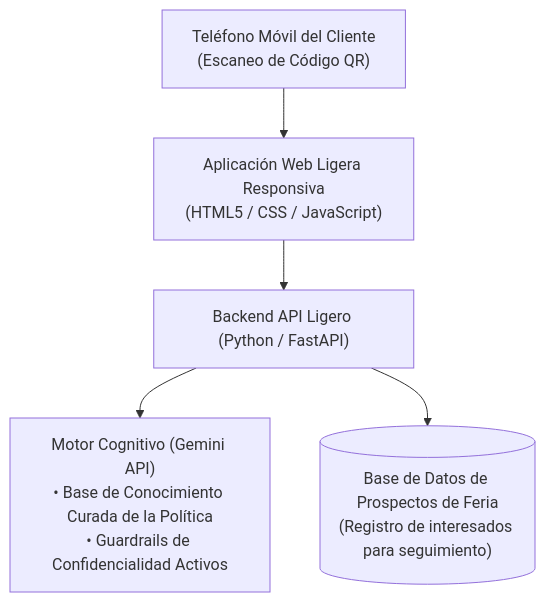
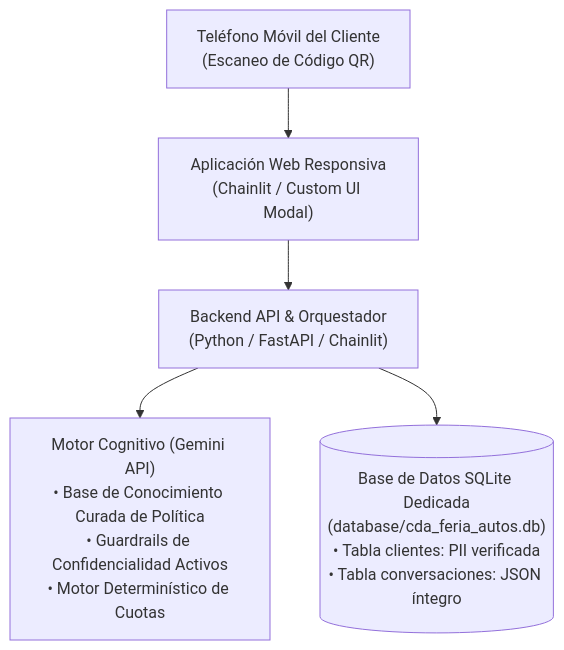
The third of 3 diagrams in innovation-cda/design/propuesta-asesor-virtual-feria-autos.md (RBlasser/cda-celulas), drawn with Mermaid before and after one commit. The commit also changed other lines of this file, not shown here.

````diff
--- a/innovation-cda/design/propuesta-asesor-virtual-feria-autos.md
+++ b/innovation-cda/design/propuesta-asesor-virtual-feria-autos.md
@@ -143,7 +171,7 @@
 ```mermaid
 flowchart TD
-    CLIENT_PHONE["Teléfono Móvil del Cliente<br>(Escaneo de Código QR)"] --> WEB_APP["Aplicación Web Ligera Responsiva<br>(HTML5 / CSS / JavaScript)"]
-    WEB_APP --> API_GATEWAY["Backend API Ligero (Python / FastAPI)"]
-    API_GATEWAY --> LLM_ENGINE["Motor Cognitivo (Gemini API)<br>• Base de Conocimiento Curada de la Política<br>• Guardrails de Confidencialidad Activos"]
-    API_GATEWAY --> LEADS_DB[("Base de Datos de Prospectos de Feria<br>(Registro de interesados para seguimiento)")]
+    CLIENT_PHONE["Teléfono Móvil del Cliente<br>(Escaneo de Código QR)"] --> WEB_APP["Aplicación Web Responsiva<br>(Chainlit / Custom UI Modal)"]
+    WEB_APP --> API_GATEWAY["Backend API & Orquestador<br>(Python / FastAPI / Chainlit)"]
+    API_GATEWAY --> LLM_ENGINE["Motor Cognitivo (Gemini API)<br>• Base de Conocimiento Curada de Política<br>• Guardrails de Confidencialidad Activos<br>• Motor Determinístico de Cuotas"]
+    API_GATEWAY --> SQLITE_DB[("Base de Datos SQLite Dedicada<br>(database/cda_feria_autos.db)<br>• Tabla clientes: PII verificada<br>• Tabla conversaciones: JSON íntegro")]
 ```
````
